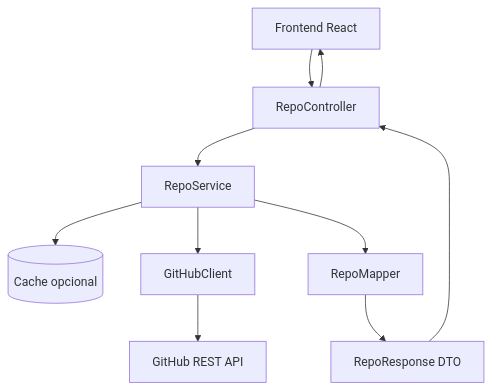
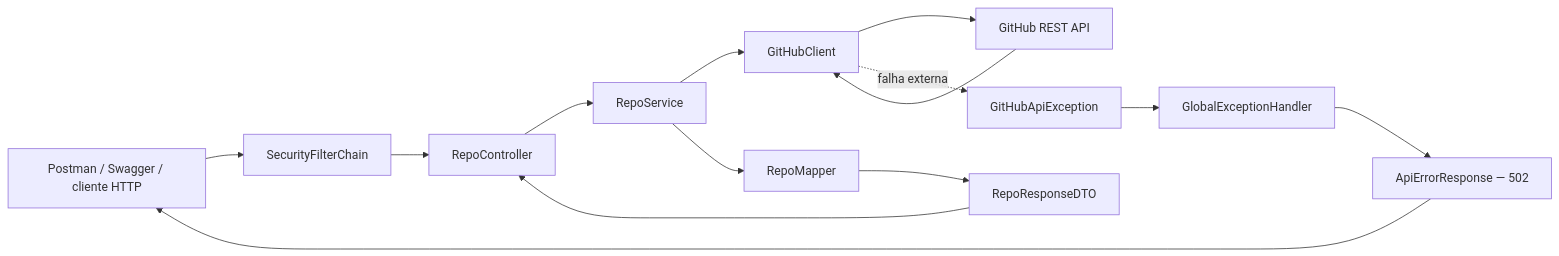
One commit to lucasz-g/portfolio-2.0 changed the first of 3 diagrams in backend/README.md. Above: the diagram before and after it, drawn with Mermaid. The commit also changed other lines of this file and 6 other files, not shown here.

````diff
--- a/backend/README.md
+++ b/backend/README.md
@@ -44,12 +25,17 @@
 ```mermaid
-flowchart TD
-    frontend[Frontend React] --> controller[RepoController]
+flowchart LR
+    consumer[Postman / Swagger / cliente HTTP] --> security[SecurityFilterChain]
+    security --> controller[RepoController]
     controller --> service[RepoService]
-    service --> cache[(Cache opcional)]
     service --> client[GitHubClient]
     client --> github[GitHub REST API]
+    github --> client
     service --> mapper[RepoMapper]
-    mapper --> dto[RepoResponse DTO]
+    mapper --> dto[RepoResponseDTO]
     dto --> controller
-    controller --> frontend
+
+    client -. falha externa .-> exception[GitHubApiException]
+    exception --> handler[GlobalExceptionHandler]
+    handler --> error[ApiErrorResponse — 502]
+    error --> consumer
 ```
````
